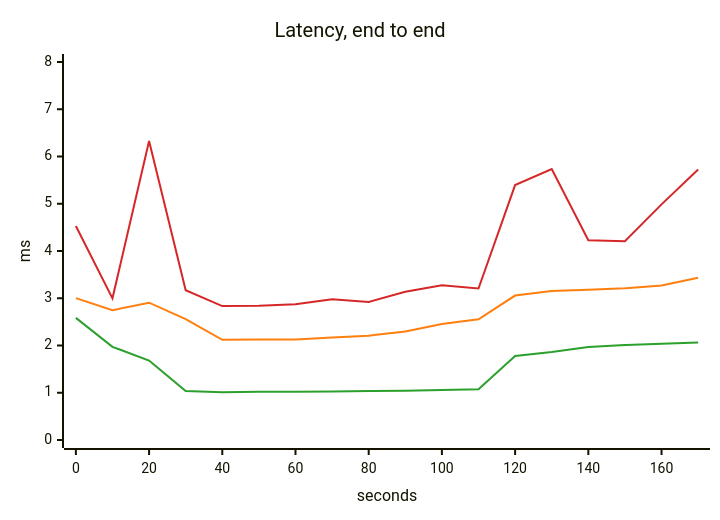
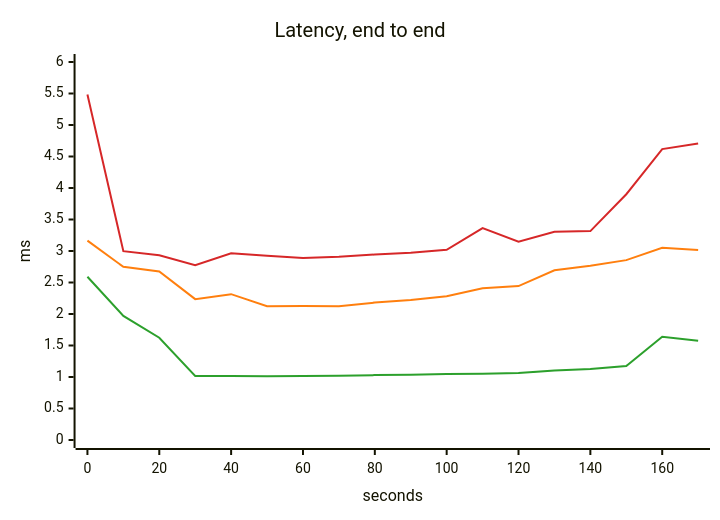
One commit to akinfemi/load-lore changed the third of 5 diagrams in scenarios/statement-day/solutions/provisioned-iops/report.md. Above: the diagram before and after it, drawn with Mermaid. The commit also changed other lines of this file and 3 other files, not shown here.

````diff
--- a/scenarios/statement-day/solutions/provisioned-iops/report.md
+++ b/scenarios/statement-day/solutions/provisioned-iops/report.md
@@ -57,16 +57,16 @@
 ```mermaid
 ---
 config:
   themeVariables:
     xyChart:
       backgroundColor: "transparent"
       plotColorPalette: "#2ca02c, #ff7f0e, #d62728"
 ---
 xychart-beta
     title "Latency, end to end"
     x-axis "seconds" 0 --> 170
-    y-axis "ms" 0 --> 8
-    line [2.584, 1.971, 1.681, 1.038, 1.008, 1.019, 1.023, 1.029, 1.035, 1.042, 1.058, 1.073, 1.779, 1.862, 1.97, 2.01, 2.037, 2.061]
-    line [3.002, 2.747, 2.906, 2.558, 2.121, 2.126, 2.125, 2.171, 2.207, 2.297, 2.454, 2.554, 3.057, 3.154, 3.181, 3.212, 3.269, 3.434]
-    line [4.53, 2.998, 6.326, 3.17, 2.835, 2.843, 2.874, 2.98, 2.922, 3.139, 3.276, 3.207, 5.395, 5.734, 4.228, 4.209, 4.987, 5.726]
+    y-axis "ms" 0 --> 6
+    line [2.591, 1.97, 1.623, 1.016, 1.015, 1.013, 1.017, 1.019, 1.03, 1.036, 1.046, 1.052, 1.062, 1.103, 1.127, 1.174, 1.638, 1.574]
+    line [3.164, 2.749, 2.676, 2.236, 2.315, 2.124, 2.126, 2.125, 2.181, 2.224, 2.282, 2.407, 2.443, 2.693, 2.765, 2.855, 3.051, 3.015]
+    line [5.483, 2.998, 2.932, 2.775, 2.964, 2.923, 2.888, 2.909, 2.944, 2.971, 3.018, 3.364, 3.148, 3.305, 3.316, 3.901, 4.618, 4.705]
 ```
````
